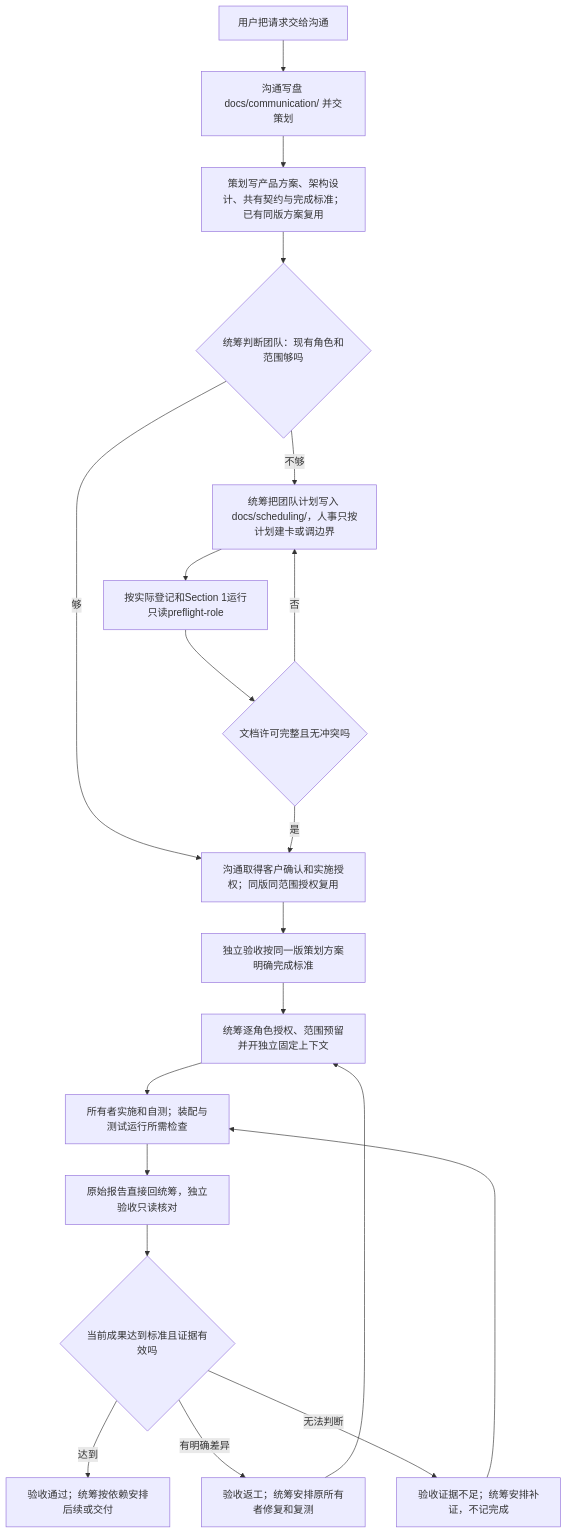
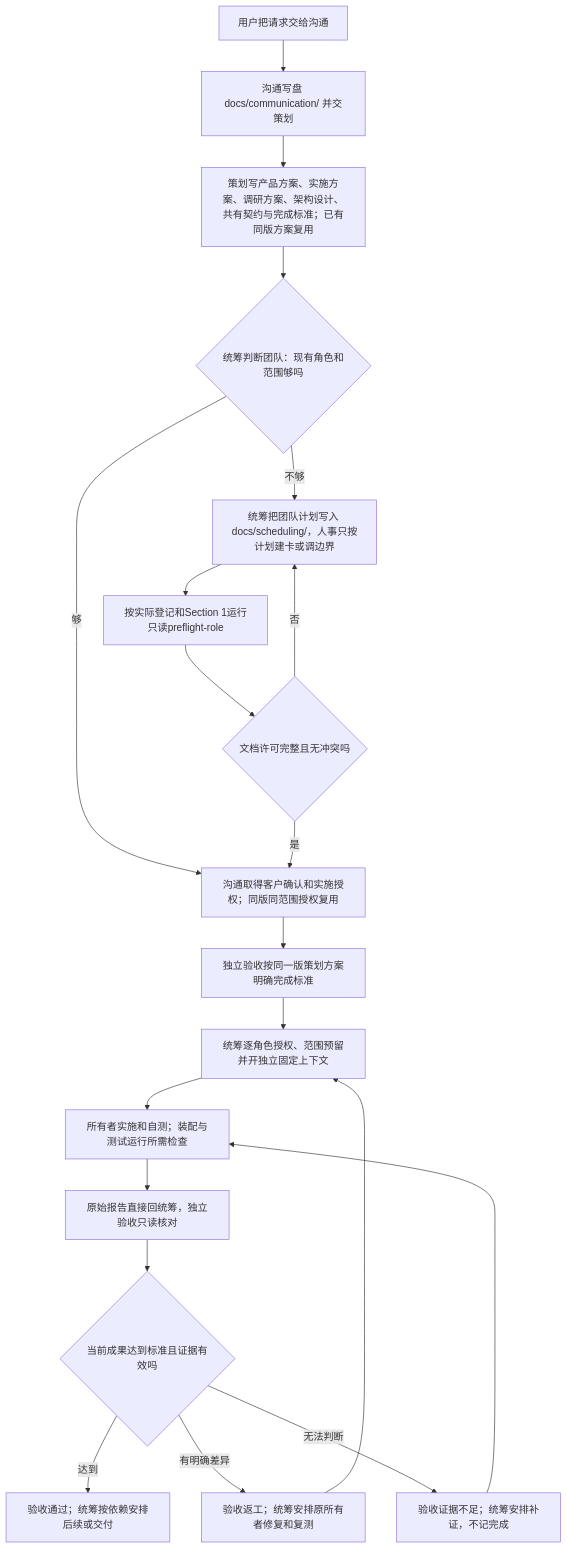
The diagram in 角色卡/技能规范/docs/feature/role-authority-split.md (wangzhongren/ans-skill), drawn with Mermaid before and after one commit. The commit also changed other lines of this file and 30 other files, not shown here.

````diff
--- a/角色卡/技能规范/docs/feature/role-authority-split.md
+++ b/角色卡/技能规范/docs/feature/role-authority-split.md
@@ -42,22 +42,22 @@
 ```mermaid
 flowchart TD
   input[用户把请求交给沟通] --> intake[沟通写盘 docs/communication/ 并交策划]
-  intake --> planning[策划写产品方案、架构设计、共有契约与完成标准；已有同版方案复用]
+  intake --> planning[策划写产品方案、实施方案、调研方案、架构设计、共有契约与完成标准；已有同版方案复用]
   planning --> judge{统筹判断团队：现有角色和范围够吗}
   judge -->|够| consent
   judge -->|不够| formation[统筹把团队计划写入 docs/scheduling/，人事只按计划建卡或调边界]
   formation --> preflight[按实际登记和Section 1运行只读preflight-role]
   preflight --> complete{文档许可完整且无冲突吗}
   complete -->|否| formation
   complete -->|是| consent[沟通取得客户确认和实施授权；同版同范围授权复用]
   consent --> criteria[独立验收按同一版策划方案明确完成标准]
   criteria --> assign[统筹逐角色授权、范围预留并开独立固定上下文]
   assign --> work[所有者实施和自测；装配与测试运行所需检查]
   work --> evidence[原始报告直接回统筹，独立验收只读核对]
   evidence --> verdict{当前成果达到标准且证据有效吗}
   verdict -->|达到| pass[验收通过；统筹按依赖安排后续或交付]
   verdict -->|有明确差异| rework[验收返工；统筹安排原所有者修复和复测]
   verdict -->|无法判断| missing[验收证据不足；统筹安排补证，不记完成]
   rework --> assign
   missing --> work
 ```
````
